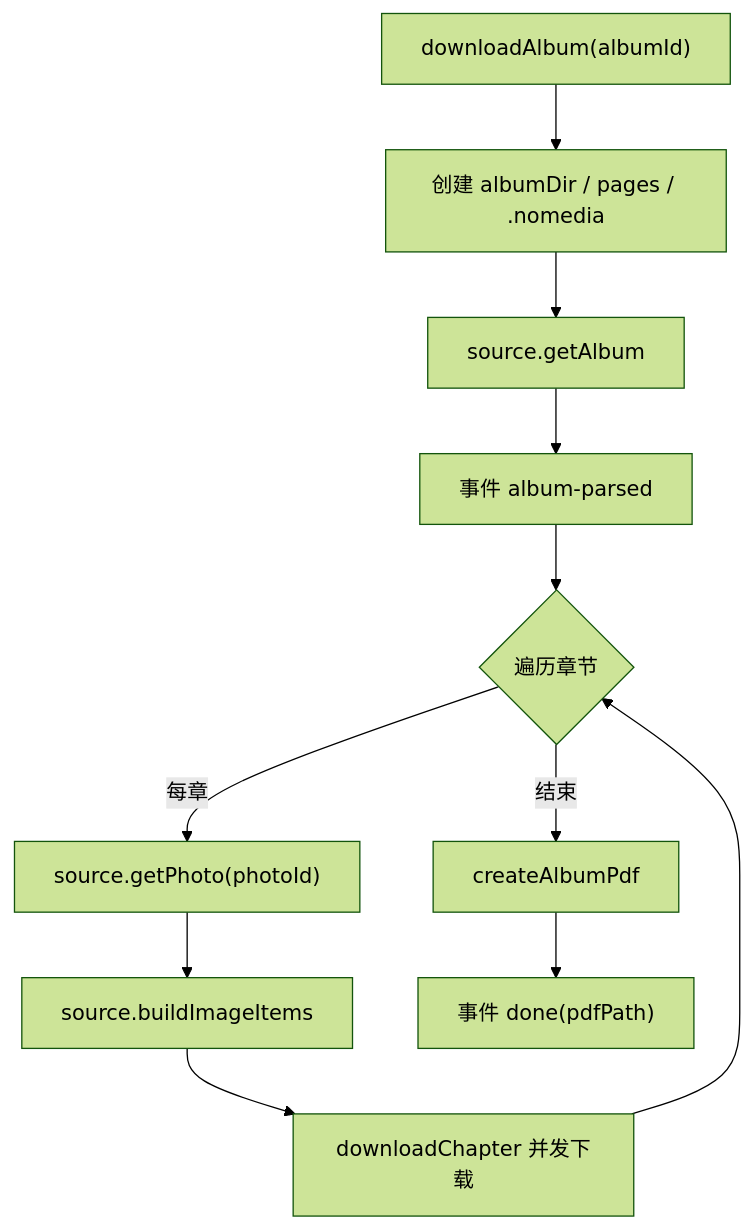
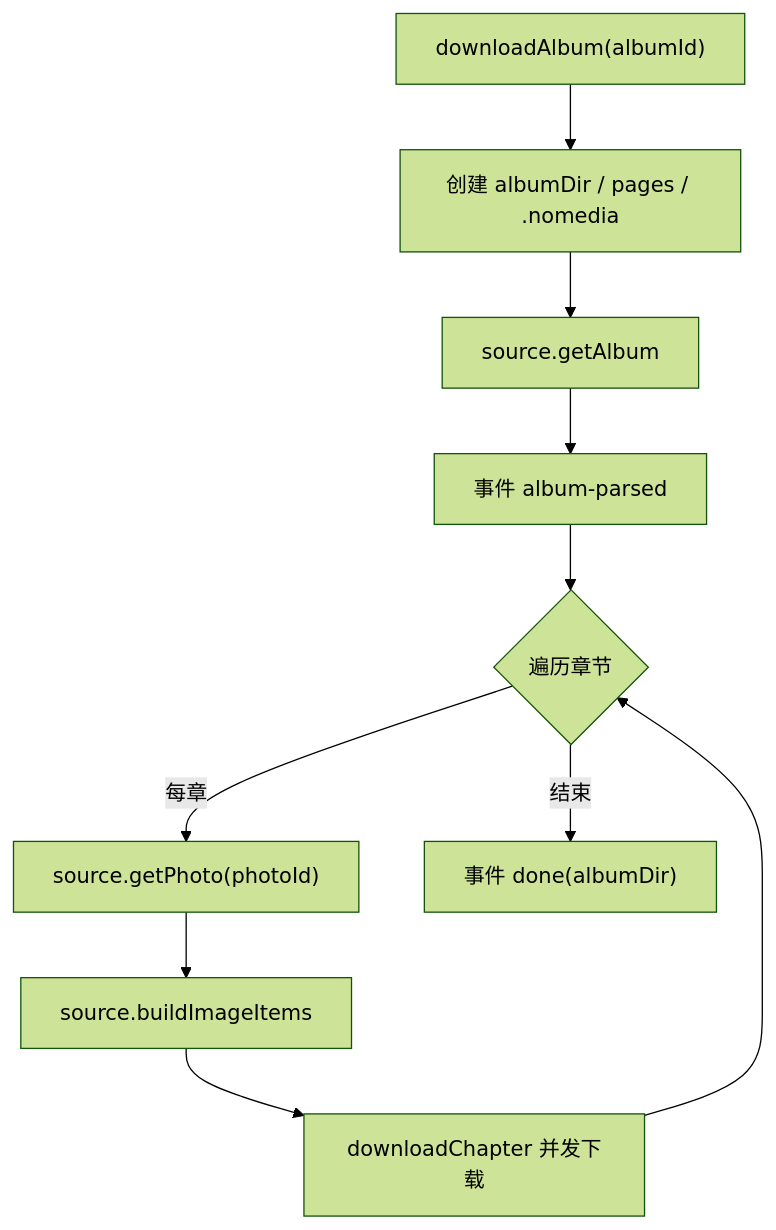
The first of 2 diagrams in docs/architecture/download.md (aDarkMaker/JMFM), drawn with Mermaid (forest theme) before and after one commit. The commit also changed other lines of this file and 11 other files, not shown here.

Commit message:
docs: sync pages-only download repair and cover preload flows

````diff
--- a/docs/architecture/download.md
+++ b/docs/architecture/download.md
@@ -9,13 +9,12 @@
 ```mermaid
 flowchart TD
     start["downloadAlbum(albumId)"] --> mk["创建 albumDir / pages / .nomedia"]
     mk --> album["source.getAlbum"]
     album --> ev1["事件 album-parsed"]
     ev1 --> loop{"遍历章节"}
     loop -->|每章| ph["source.getPhoto(photoId)"]
     ph --> items["source.buildImageItems"]
     items --> chap["downloadChapter 并发下载"]
     chap --> loop
-    loop -->|结束| pdf["createAlbumPdf"]
-    pdf --> ev2["事件 done(pdfPath)"]
+    loop -->|结束| done["事件 done(albumDir)"]
 ```
````
